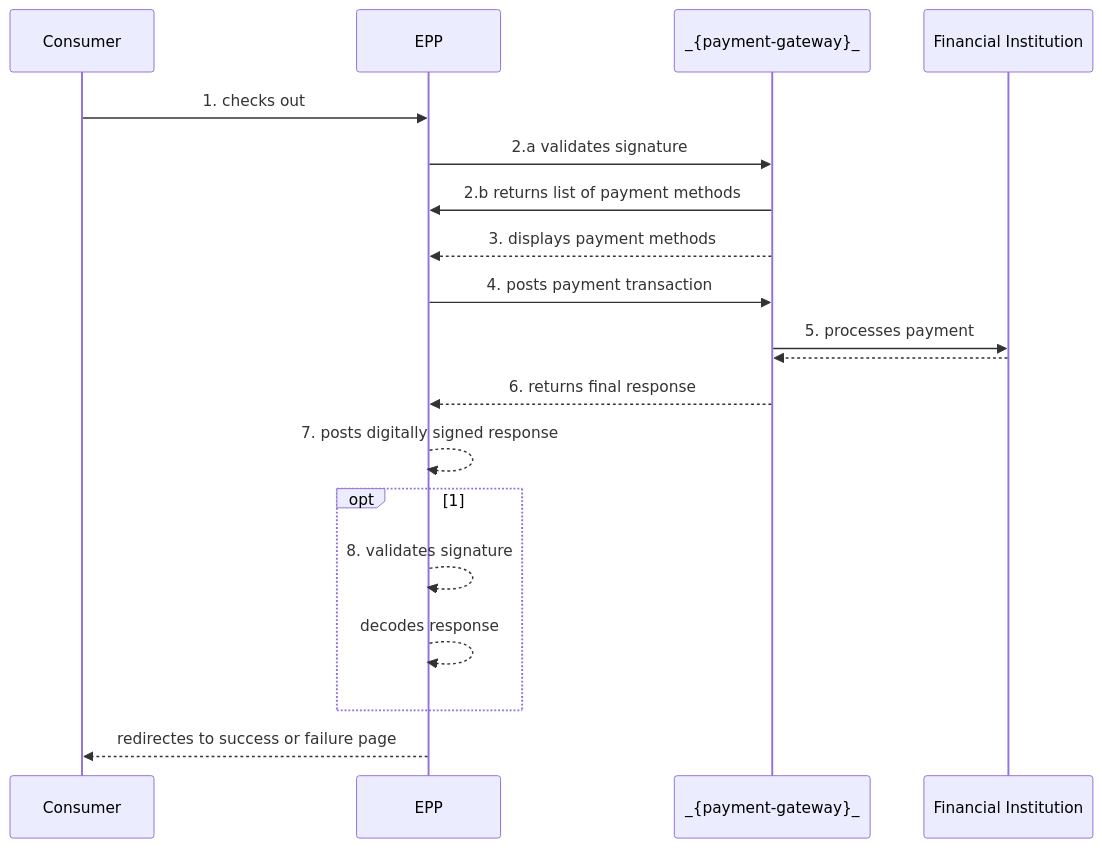
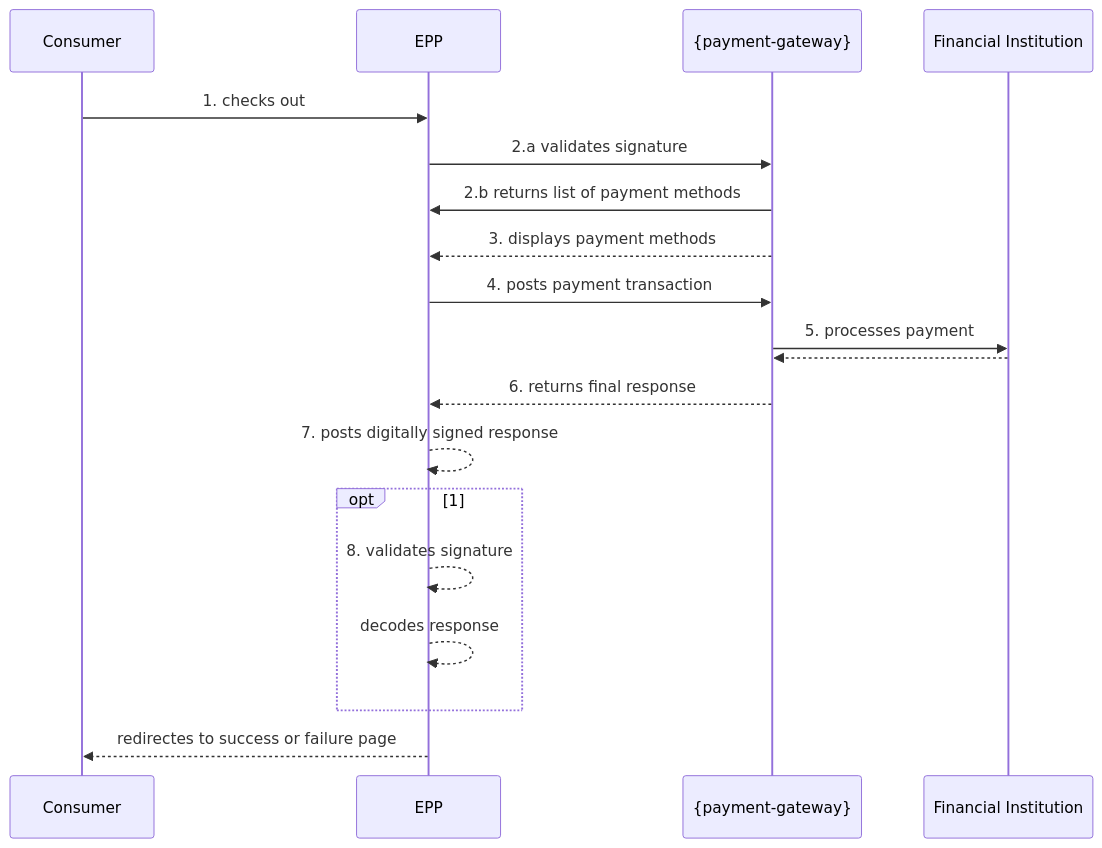
Before and after one commit to wirecard/merchant-documentation-gateway: the diagram in 03-02-02-01-pp-epp-workflow.adoc, drawn with Mermaid.

Commit message:
Update Mermaid Diagrams

```diff
--- a/03-02-02-01-pp-epp-workflow.adoc
+++ b/03-02-02-01-pp-epp-workflow.adoc
@@ -8,22 +8,22 @@
 [mermaid,PP_EPP_Workflow,svg,subs=attributes+]
 ----
 sequenceDiagram
     participant A as Consumer
     participant B as EPP
-    participant C as _{payment-gateway}_
+    participant C as {payment-gateway}
     participant D as Financial Institution
         A ->> B: 1. checks out
         B ->> C: 2.a validates signature
         C ->> B: 2.b returns list of payment methods
         C -->> B: 3. displays payment methods
         B ->> C: 4. posts payment transaction
         C ->> D: 5. processes payment
     	  D -->> C: 
         C -->> B: 6. returns final response
         B -->> B: 7. posts digitally signed response
         opt 1
         B -->> B: 8. validates signature
         B -->> B: decodes response
         end
         B -->> A: redirectes to success or failure page
 ----
```
